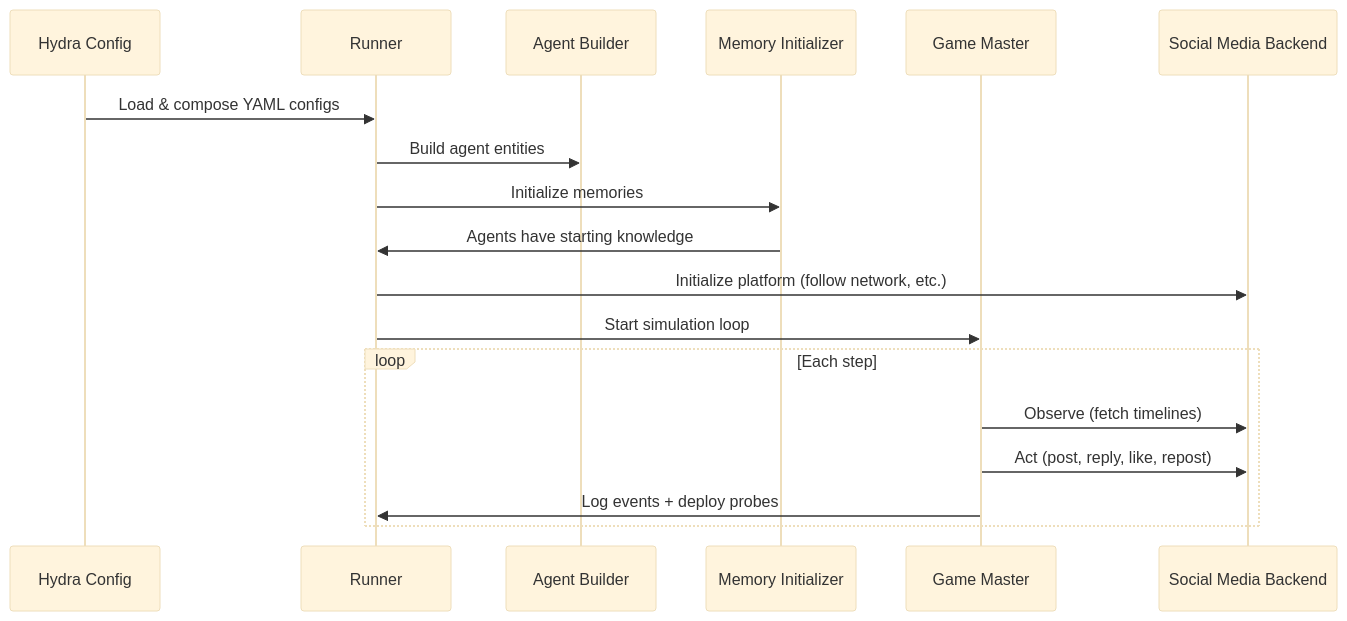
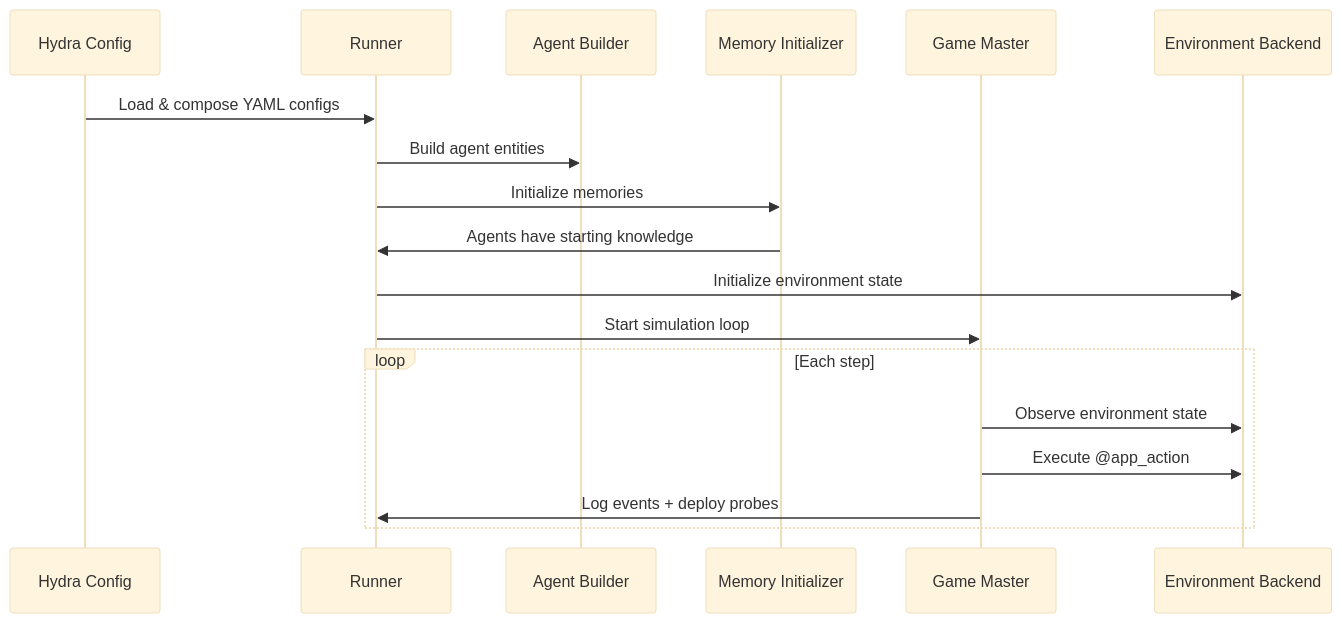
The diagram in docs/usage.md (sandbox-social/silisocs), drawn with Mermaid (base theme) before and after one commit. The commit also changed other lines of this file and 17 other files, not shown here.

````diff
--- a/docs/usage.md
+++ b/docs/usage.md
@@ -10,21 +10,21 @@
 ```mermaid
 sequenceDiagram
     participant Config as Hydra Config
     participant Runner as Runner
     participant Builder as Agent Builder
     participant Init as Memory Initializer
     participant GM as Game Master
-    participant Backend as Social Media Backend
+    participant Backend as Environment Backend
 
     Config->>Runner: Load & compose YAML configs
     Runner->>Builder: Build agent entities
     Runner->>Init: Initialize memories
     Init->>Runner: Agents have starting knowledge
-    Runner->>Backend: Initialize platform (follow network, etc.)
+    Runner->>Backend: Initialize environment state
     Runner->>GM: Start simulation loop
     loop Each step
-        GM->>Backend: Observe (fetch timelines)
-        GM->>Backend: Act (post, reply, like, repost)
+        GM->>Backend: Observe environment state
+        GM->>Backend: Execute @app_action
         GM->>Runner: Log events + deploy probes
     end
 ```
````
